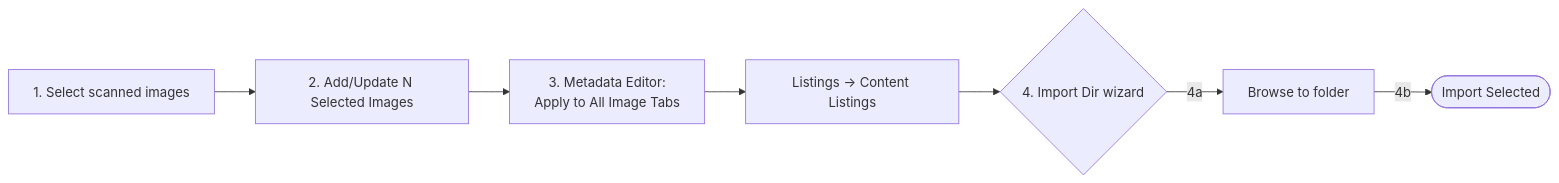
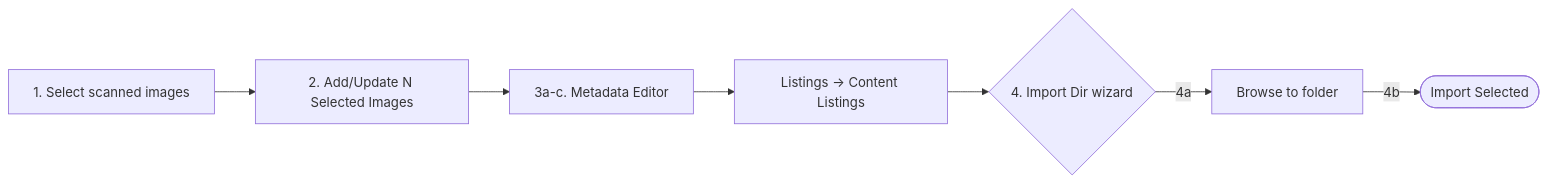
The fourth of 6 diagrams in docs/tutorials/workflows.md (ACFHarbinger/Image-Toolkit), drawn with Mermaid before and after one commit. The commit also changed other lines of this file and 37 other files, not shown here.

````diff
--- a/docs/tutorials/workflows.md
+++ b/docs/tutorials/workflows.md
@@ -124,9 +420,9 @@
 ```mermaid
 flowchart LR
     A["1. Select scanned images"] --> B["2. Add/Update N Selected Images"]
-    B --> C["3. Metadata Editor:\nApply to All Image Tabs"]
-    C --> D["Listings → Content Listings"]
+    B --> C["3a-c. Metadata Editor"]
+    C --> D["Listings -> Content Listings"]
     D --> E{"4. Import Dir wizard"}
     E -->|4a| F["Browse to folder"]
     F -->|4b| G(["Import Selected"])
 ```
````
